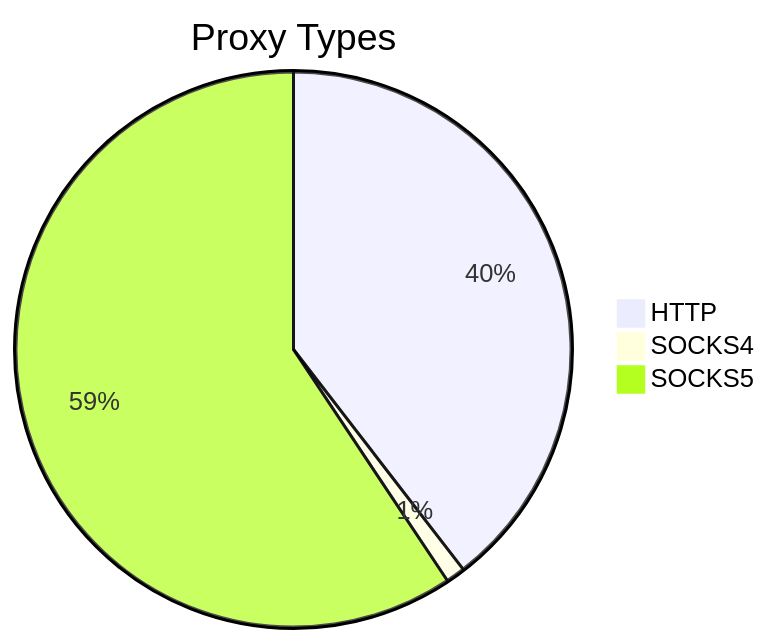
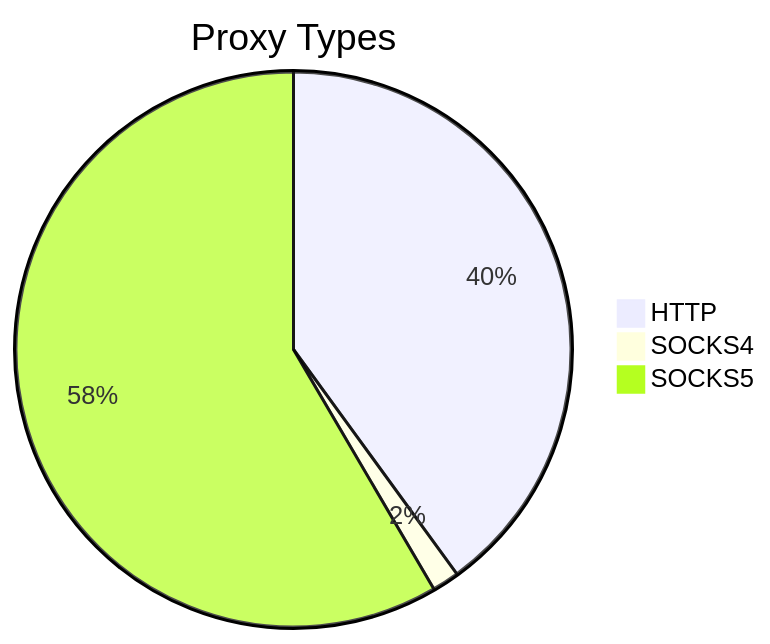
The first of 2 diagrams in README.md (stormsia/proxy-list), drawn with Mermaid before and after one commit. The commit also changed other lines of this file, not shown here.

````diff
--- a/README.md
+++ b/README.md
@@ -21,6 +21,6 @@
 ```mermaid
 pie title Proxy Types
-    "HTTP" : 497
-    "SOCKS4" : 14
-    "SOCKS5" : 746
+    "HTTP" : 609
+    "SOCKS4" : 24
+    "SOCKS5" : 890
 ```
````
